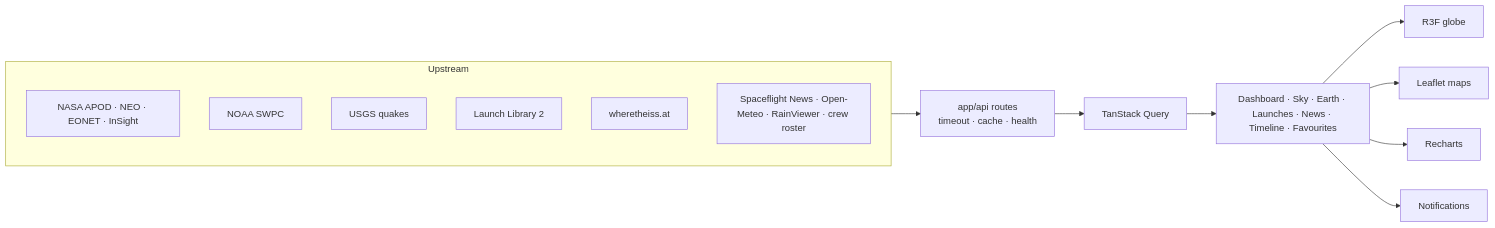
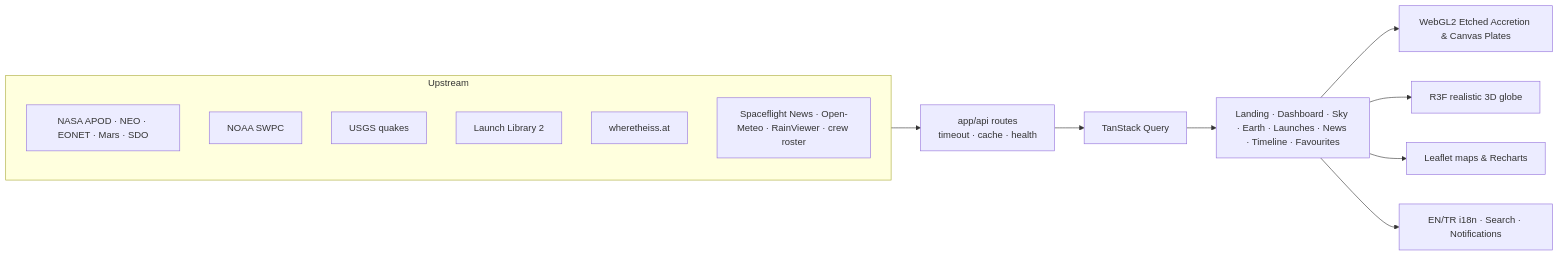
One commit to kutluhangil/Nebula changed the diagram in README.md. Above: the diagram before and after it, drawn with Mermaid. The commit also changed other lines of this file and 53 other files, not shown here.

Commit message:
feat: Etched Accretion observatory redesign, EN/TR support, realistic 3D Earth and README update

````diff
--- a/README.md
+++ b/README.md
@@ -66,18 +62,18 @@
 ```mermaid
 flowchart LR
   subgraph Upstream
-    NASA[NASA APOD · NEO · EONET · InSight]
+    NASA[NASA APOD · NEO · EONET · Mars · SDO]
     NOAA[NOAA SWPC]
     USGS[USGS quakes]
     LL[Launch Library 2]
     ISS[wheretheiss.at]
     MORE[Spaceflight News · Open-Meteo · RainViewer · crew roster]
   end
   Upstream --> API[app/api routes<br/>timeout · cache · health]
   API --> Q[TanStack Query]
-  Q --> UI[Dashboard · Sky · Earth · Launches · News · Timeline · Favourites]
-  UI --> G[R3F globe]
-  UI --> M[Leaflet maps]
-  UI --> C[Recharts]
-  UI --> N[Notifications]
+  Q --> UI[Landing · Dashboard · Sky · Earth · Launches · News · Timeline · Favourites]
+  UI --> W[WebGL2 Etched Accretion & Canvas Plates]
+  UI --> G[R3F realistic 3D globe]
+  UI --> M[Leaflet maps & Recharts]
+  UI --> N[EN/TR i18n · Search · Notifications]
 ```
````
